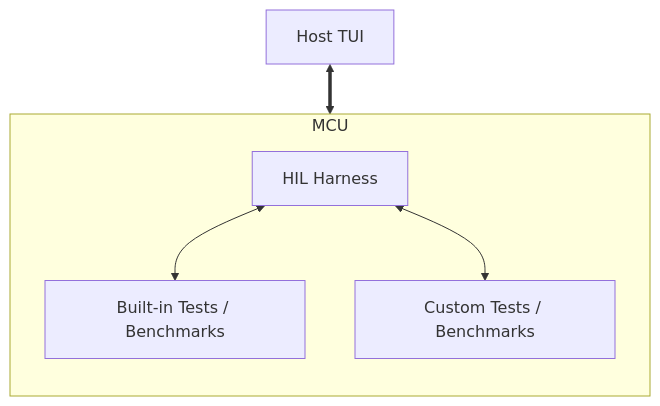
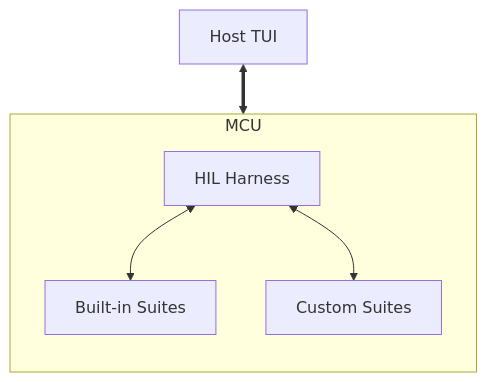
One commit to Dyse-Industries/control-rs changed the diagram in documentation/xtask-design-doc.md. Above: the diagram before and after it, drawn with Mermaid. The commit also changed other lines of this file and 3 other files, not shown here.

````diff
--- a/documentation/xtask-design-doc.md
+++ b/documentation/xtask-design-doc.md
@@ -37,17 +35,17 @@
 ```mermaid
 flowchart TD
     Host["Host TUI"]
 
     subgraph MCU ["MCU"]
         direction TB
         Harness["HIL Harness"]
         
-        BuiltIn["Built-in Tests / Benchmarks"]
-        Custom["Custom Tests / Benchmarks"]
+        BuiltIn["Built-in Suites"]
+        Custom["Custom Suites"]
 
         Harness <--> BuiltIn
         Harness <--> Custom
     end
 
     Host <==> MCU
 ```
````
